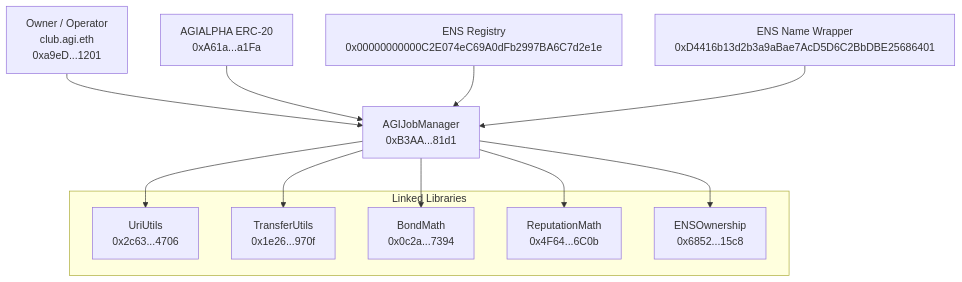
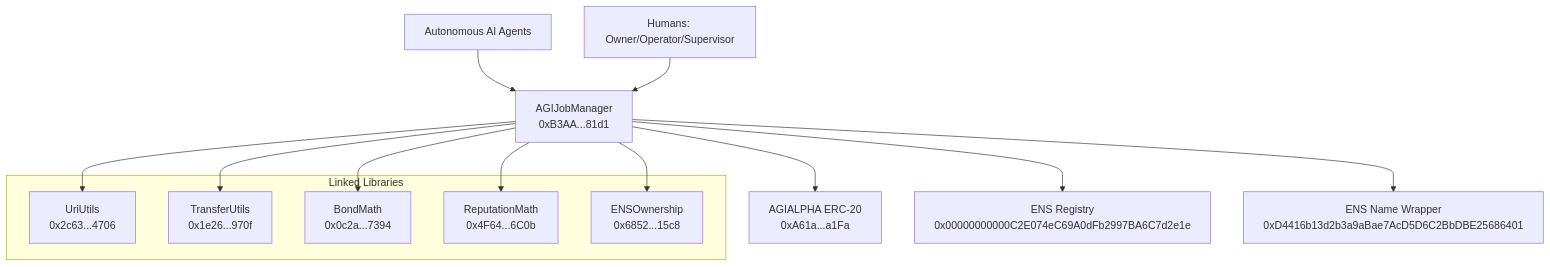
The diagram in docs/DEPLOYMENT/MAINNET_OFFICIAL_DEPLOYMENT_RECORD.md (MontrealAI/AGIJobManager), drawn with Mermaid before and after one commit. The commit also changed other lines of this file, not shown here.

Commit message:
docs: fix mermaid node declarations in mainnet record

````diff
--- a/docs/DEPLOYMENT/MAINNET_OFFICIAL_DEPLOYMENT_RECORD.md
+++ b/docs/DEPLOYMENT/MAINNET_OFFICIAL_DEPLOYMENT_RECORD.md
@@ -131,22 +138,29 @@
 ```mermaid
 flowchart TD
-    Owner[Owner / Operator\nclub.agi.eth\n0xa9eD...1201] --> AJM[AGIJobManager\n0xB3AA...81d1]
+    Owner[Humans: Owner/Operator/Supervisor]
+    Agent[Autonomous AI Agents]
+    AJM[AGIJobManager\n0xB3AA...81d1]
 
-    subgraph LinkedLibraries[Linked Libraries]
+    subgraph Libs[Linked Libraries]
       U[UriUtils\n0x2c63...4706]
       T[TransferUtils\n0x1e26...970f]
       B[BondMath\n0x0c2a...7394]
       R[ReputationMath\n0x4F64...6C0b]
       E[ENSOwnership\n0x6852...15c8]
     end
 
+    Token[AGIALPHA ERC-20\n0xA61a...a1Fa]
+    ENSReg[ENS Registry\n0x00000000000C2E074eC69A0dFb2997BA6C7d2e1e]
+    ENSWrap[ENS Name Wrapper\n0xD4416b13d2b3a9aBae7AcD5D6C2BbDBE25686401]
+
+    Agent --> AJM
+    Owner --> AJM
     AJM --> U
     AJM --> T
     AJM --> B
     AJM --> R
     AJM --> E
-
-    Token[AGIALPHA ERC-20\n0xA61a...a1Fa] --> AJM
-    ENSReg[ENS Registry\n0x00000000000C2E074eC69A0dFb2997BA6C7d2e1e] --> AJM
-    ENSWrapper[ENS Name Wrapper\n0xD4416b13d2b3a9aBae7AcD5D6C2BbDBE25686401] --> AJM
+    AJM --> Token
+    AJM --> ENSReg
+    AJM --> ENSWrap
 ```
````
